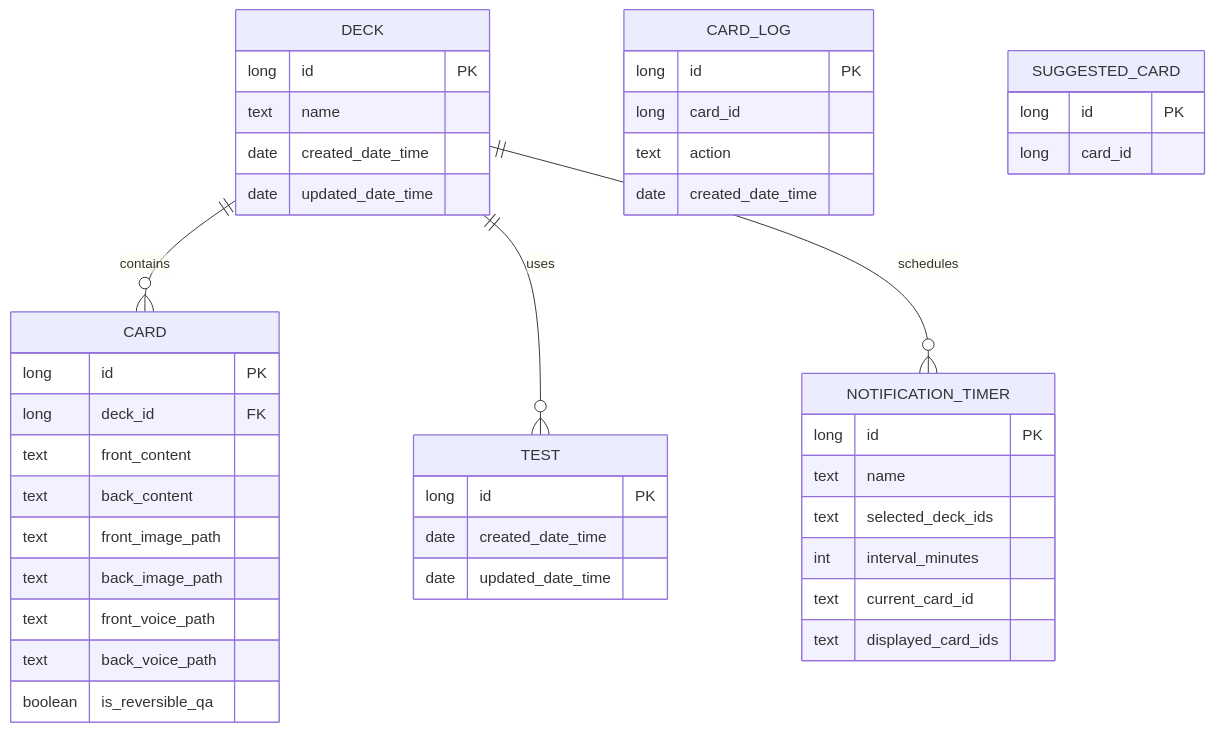
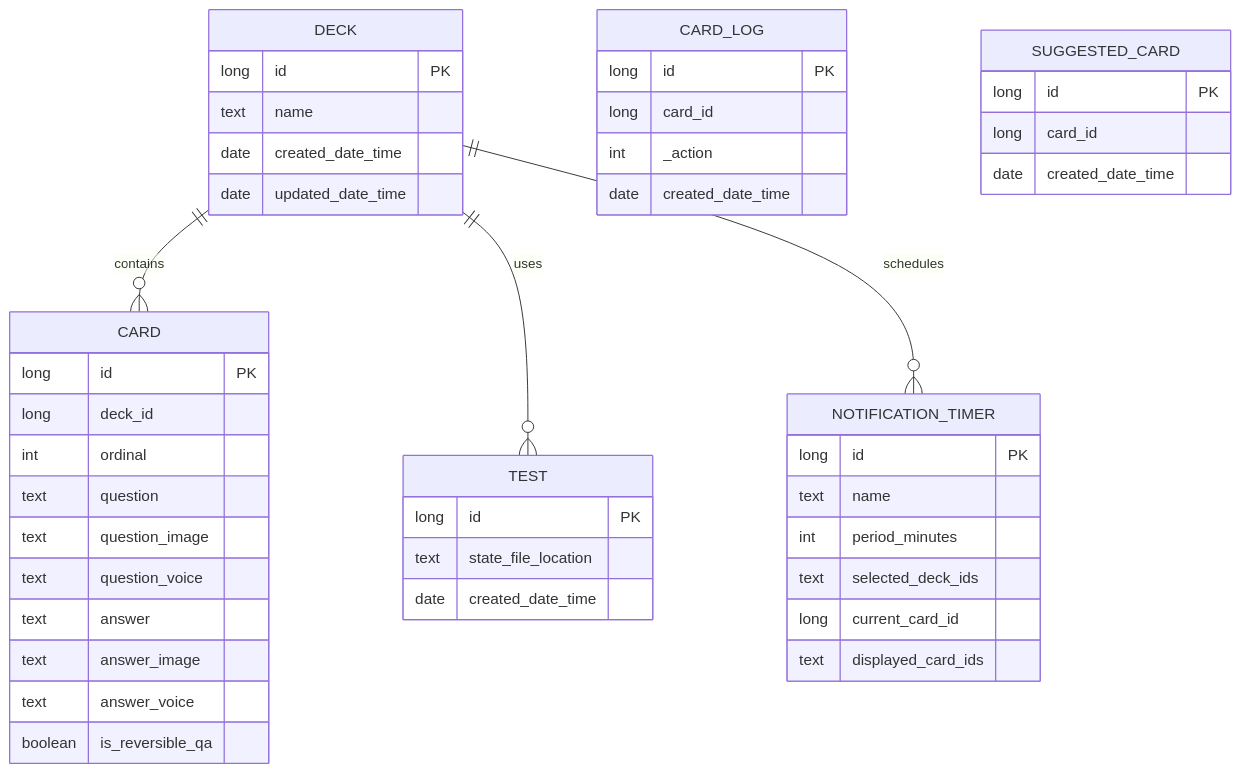
One commit to rh-id/a-flash-deck changed the fifth of 7 diagrams in README.md. Above: the diagram before and after it, drawn with Mermaid. The commit also changed other lines of this file, not shown here.

First line of the commit message:
docs: update README to reflect current codebase

````diff
--- a/README.md
+++ b/README.md
@@ -299,52 +305,54 @@
 ```mermaid
 erDiagram
     DECK ||--o{ CARD : contains
     DECK ||--o{ TEST : uses
     DECK ||--o{ NOTIFICATION_TIMER : schedules
 
     CARD {
         long id PK
-        long deck_id FK
-        text front_content
-        text back_content
-        text front_image_path
-        text back_image_path
-        text front_voice_path
-        text back_voice_path
+        long deck_id
+        int ordinal
+        text question
+        text question_image
+        text question_voice
+        text answer
+        text answer_image
+        text answer_voice
         boolean is_reversible_qa
     }
 
     DECK {
         long id PK
         text name
         date created_date_time
         date updated_date_time
     }
 
     TEST {
         long id PK
+        text state_file_location
         date created_date_time
-        date updated_date_time
     }
 
     NOTIFICATION_TIMER {
         long id PK
         text name
+        int period_minutes
         text selected_deck_ids
-        int interval_minutes
-        text current_card_id
+        long current_card_id
         text displayed_card_ids
     }
 
     CARD_LOG {
         long id PK
         long card_id
-        text action
+        int _action
         date created_date_time
     }
 
     SUGGESTED_CARD {
         long id PK
         long card_id
+        date created_date_time
     }
 ```
````
